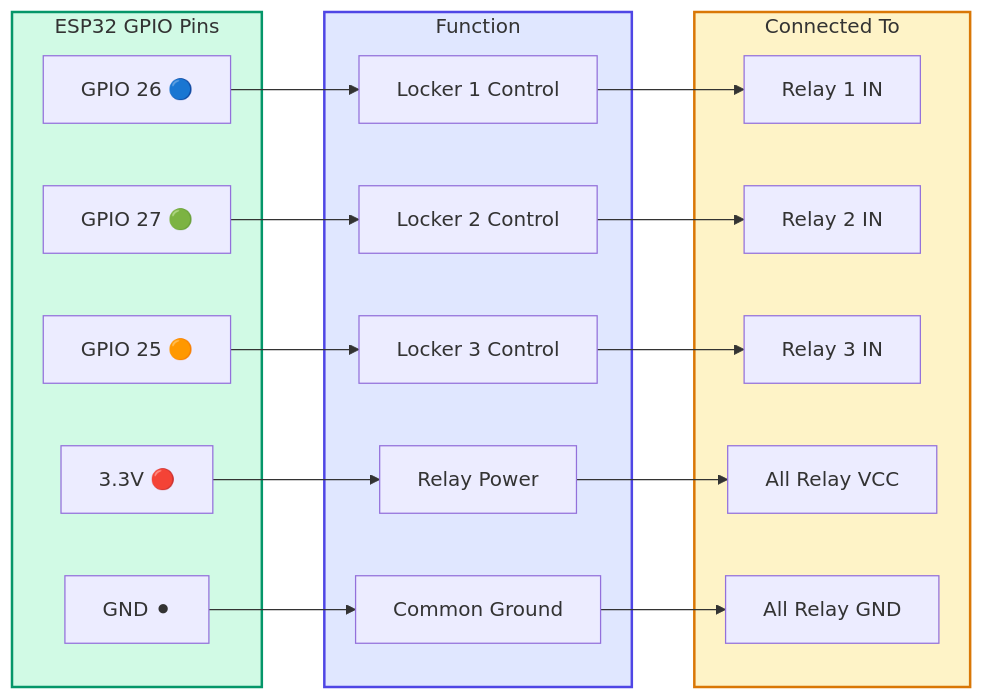
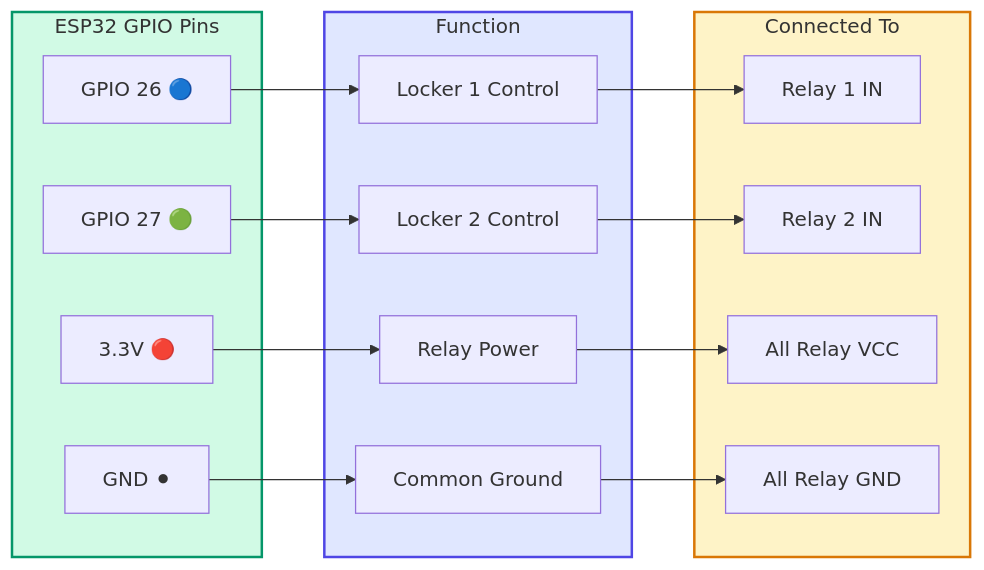
Before and after one commit to ermaasofia/SmartParcelLockerSystem: the seventh of 9 diagrams in wiring.md, drawn with Mermaid. The commit also changed other lines of this file and 3 other files, not shown here.

Commit message:
Remove Locker 3 / GPIO 25, adjust backend seeding/stats calculations, and update dashboard layout to 2 lockers

````diff
--- a/wiring.md
+++ b/wiring.md
@@ -400,36 +349,32 @@
 ```mermaid
 graph LR
     subgraph ESP32 ["ESP32 GPIO Pins"]
-        G25["GPIO 25 🟠"]
         G26["GPIO 26 🔵"]
         G27["GPIO 27 🟢"]
         V33["3.3V 🔴"]
         GND["GND ⚫"]
     end
 
     subgraph FUNC ["Function"]
         F1["Locker 1 Control"]
         F2["Locker 2 Control"]
-        F3["Locker 3 Control"]
         FV["Relay Power"]
         FG["Common Ground"]
     end
 
     subgraph TARGET ["Connected To"]
         T1["Relay 1 IN"]
         T2["Relay 2 IN"]
-        T3["Relay 3 IN"]
         TV["All Relay VCC"]
         TG["All Relay GND"]
     end
 
     G26 --> F1 --> T1
     G27 --> F2 --> T2
-    G25 --> F3 --> T3
     V33 --> FV --> TV
     GND --> FG --> TG
 
     style ESP32 fill:#d1fae5,stroke:#059669,stroke-width:2px
     style FUNC fill:#e0e7ff,stroke:#4f46e5,stroke-width:2px
     style TARGET fill:#fef3c7,stroke:#d97706,stroke-width:2px
 ```
````
